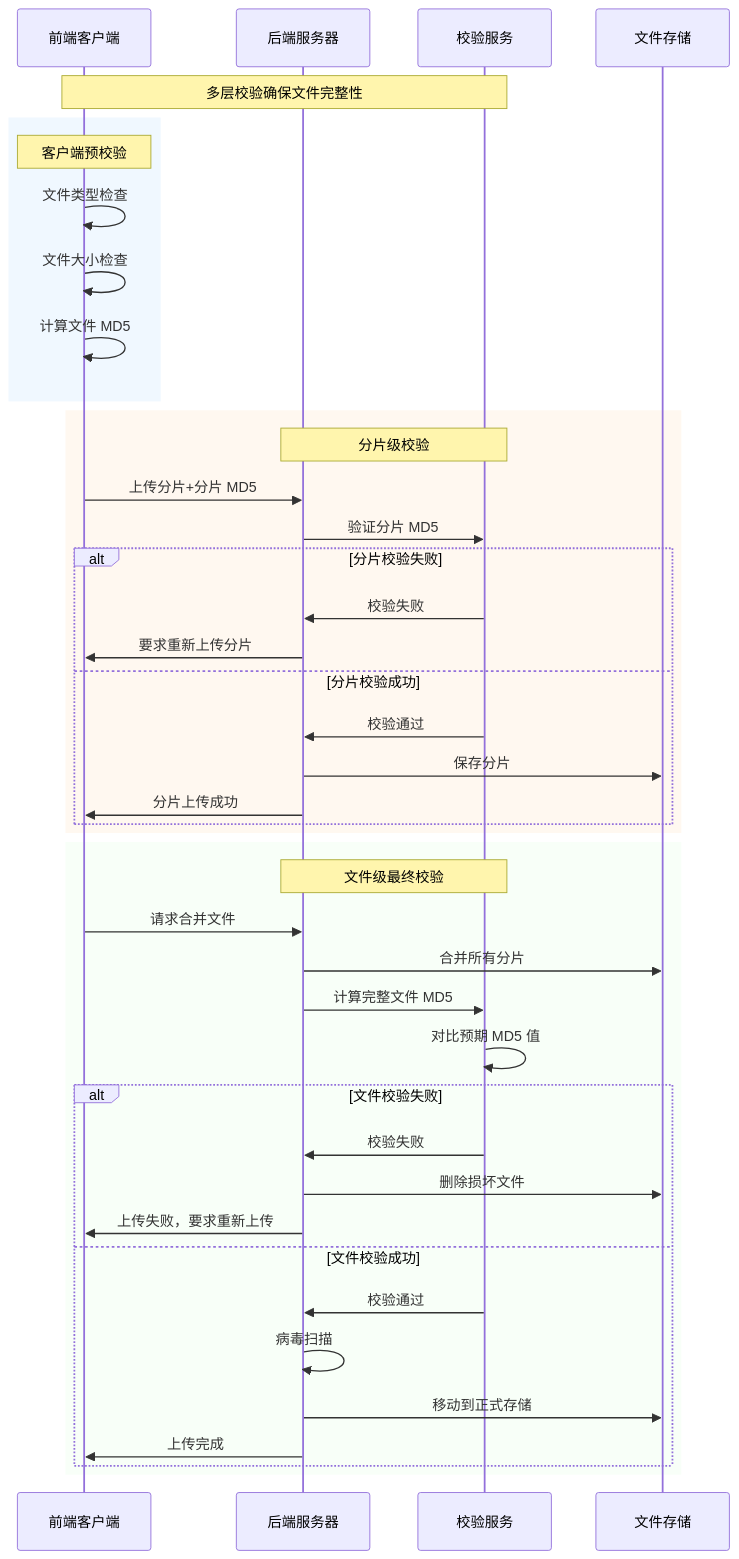
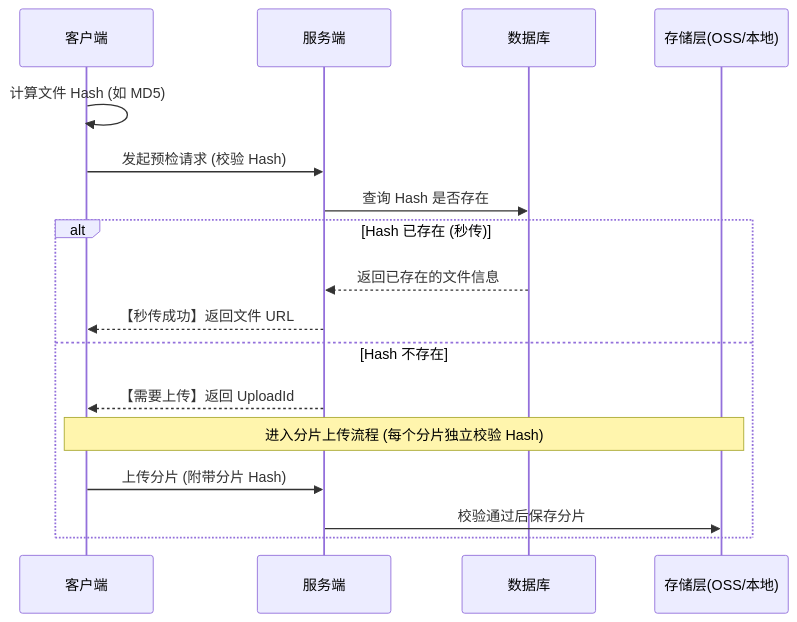
One commit to weihongyu12/web changed the first of 4 diagrams in docs/features/file-upload/README.md. Above: the diagram before and after it, drawn with Mermaid. The commit also changed other lines of this file, not shown here.

````diff
--- a/docs/features/file-upload/README.md
+++ b/docs/features/file-upload/README.md
@@ -9,49 +18,21 @@
 ```mermaid
 sequenceDiagram
-    participant C as 前端客户端
-    participant S as 后端服务器
-    participant V as 校验服务
-    participant FS as 文件存储
+    participant C as 客户端
+    participant S as 服务端
+    participant DB as 数据库
+    participant FS as 存储层(OSS/本地)
 
-    Note over C,V: 多层校验确保文件完整性
+    C->>C: 计算文件 Hash (如 MD5)
+    C->>S: 发起预检请求 (校验 Hash)
+    S->>DB: 查询 Hash 是否存在
     
-    rect rgb(240, 248, 255)
-        Note over C: 客户端预校验
-        C->>C: 文件类型检查
-        C->>C: 文件大小检查
-        C->>C: 计算文件 MD5
-    end
-    
-    rect rgb(255, 248, 240)
-        Note over S,V: 分片级校验
-        C->>S: 上传分片+分片 MD5
-        S->>V: 验证分片 MD5
-        alt 分片校验失败
-            V->>S: 校验失败
-            S->>C: 要求重新上传分片
-        else 分片校验成功
-            V->>S: 校验通过
-            S->>FS: 保存分片
-            S->>C: 分片上传成功
-        end
-    end
-    
-    rect rgb(248, 255, 248)
-        Note over S,V: 文件级最终校验
-        C->>S: 请求合并文件
-        S->>FS: 合并所有分片
-        S->>V: 计算完整文件 MD5
-        V->>V: 对比预期 MD5 值
-        
-        alt 文件校验失败
-            V->>S: 校验失败
-            S->>FS: 删除损坏文件
-            S->>C: 上传失败，要求重新上传
-        else 文件校验成功
-            V->>S: 校验通过
-            S->>S: 病毒扫描
-            S->>FS: 移动到正式存储
-            S->>C: 上传完成
-        end
+    alt Hash 已存在 (秒传)
+        DB-->>S: 返回已存在的文件信息
+        S-->>C: 【秒传成功】返回文件 URL
+    else Hash 不存在
+        S-->>C: 【需要上传】返回 UploadId
+        Note over C,FS: 进入分片上传流程 (每个分片独立校验 Hash)
+        C->>S: 上传分片 (附带分片 Hash)
+        S->>FS: 校验通过后保存分片
     end
 ```
````
